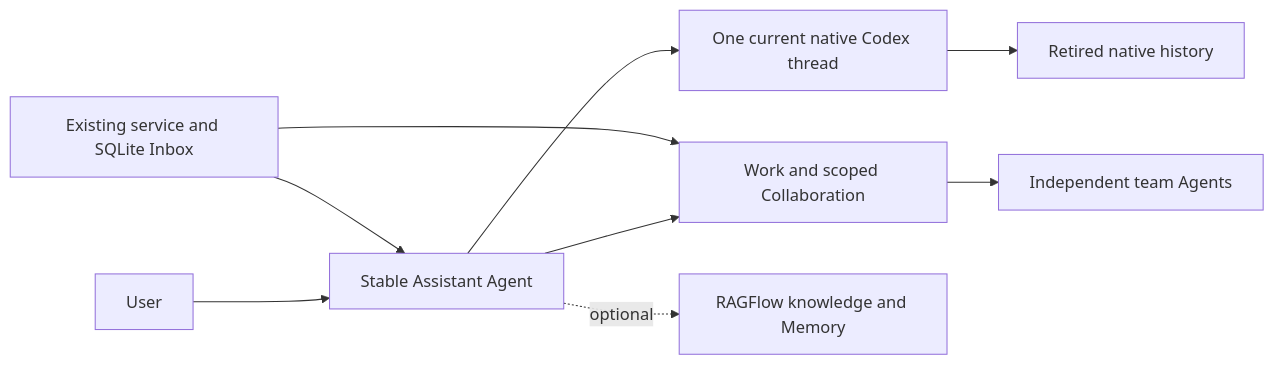
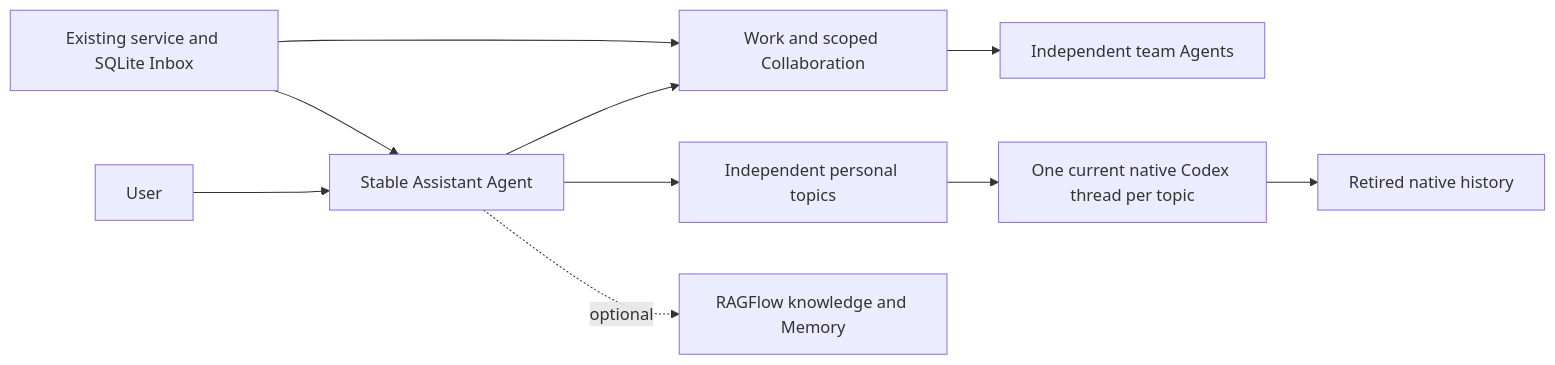
The diagram in openwiki/decisions/assistant-lifecycle.md (acg-box/decodex), drawn with Mermaid before and after one commit. The commit also changed other lines of this file and 7 other files, not shown here.

Commit message:
Document personal topics and global collaboration navigation

````diff
--- a/openwiki/decisions/assistant-lifecycle.md
+++ b/openwiki/decisions/assistant-lifecycle.md
@@ -98,11 +98,12 @@
 ```mermaid
 flowchart LR
     U[User] --> A[Stable Assistant Agent]
     A --> W[Work and scoped Collaboration]
     W --> T[Independent team Agents]
-    A --> C[One current native Codex thread]
+    A --> P[Independent personal topics]
+    P --> C[One current native Codex thread per topic]
     C --> H[Retired native history]
     A -. optional .-> R[RAGFlow knowledge and Memory]
     S[Existing service and SQLite Inbox] --> A
     S --> W
 ```
````
